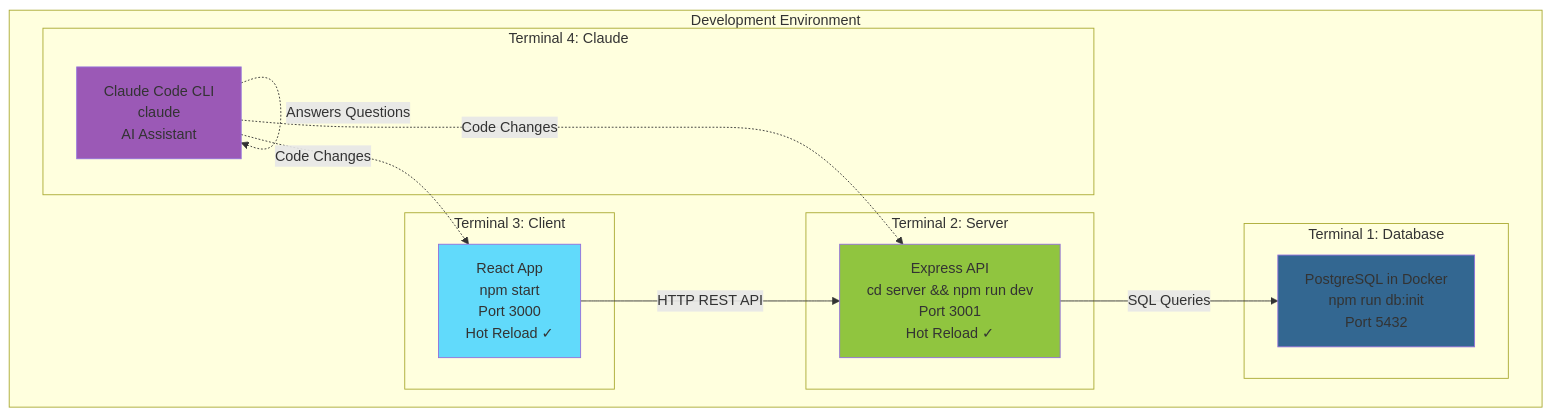
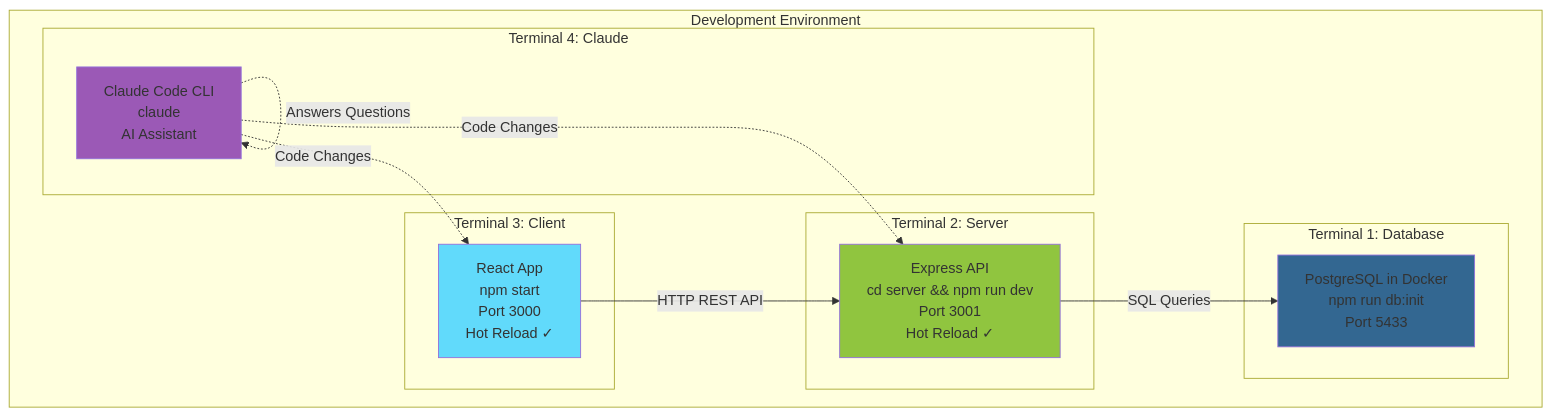
One commit to sbecker11/spexture-com changed the diagram in docs/01_GETTING_STARTED.md. Above: the diagram before and after it, drawn with Mermaid. The commit also changed other lines of this file and 46 other files, not shown here.

````diff
--- a/docs/01_GETTING_STARTED.md
+++ b/docs/01_GETTING_STARTED.md
@@ -267,31 +267,31 @@
 ```mermaid
 graph TB
     subgraph "Development Environment"
         subgraph "Terminal 1: Database"
-            DB[PostgreSQL in Docker<br/>npm run db:init<br/>Port 5432]
+            DB[PostgreSQL in Docker<br/>npm run db:init<br/>Port 5433]
         end
 
         subgraph "Terminal 2: Server"
             Server[Express API<br/>cd server && npm run dev<br/>Port 3001<br/>Hot Reload ✓]
         end
 
         subgraph "Terminal 3: Client"
             Client[React App<br/>npm start<br/>Port 3000<br/>Hot Reload ✓]
         end
 
         subgraph "Terminal 4: Claude"
             Claude[Claude Code CLI<br/>claude<br/>AI Assistant]
         end
     end
 
     Client -->|HTTP REST API| Server
     Server -->|SQL Queries| DB
     Claude -.->|Code Changes| Server
     Claude -.->|Code Changes| Client
     Claude -.->|Answers Questions| Claude
 
     style DB fill:#336791
     style Server fill:#90c53f
     style Client fill:#61dafb
     style Claude fill:#9b59b6
 ```
````
